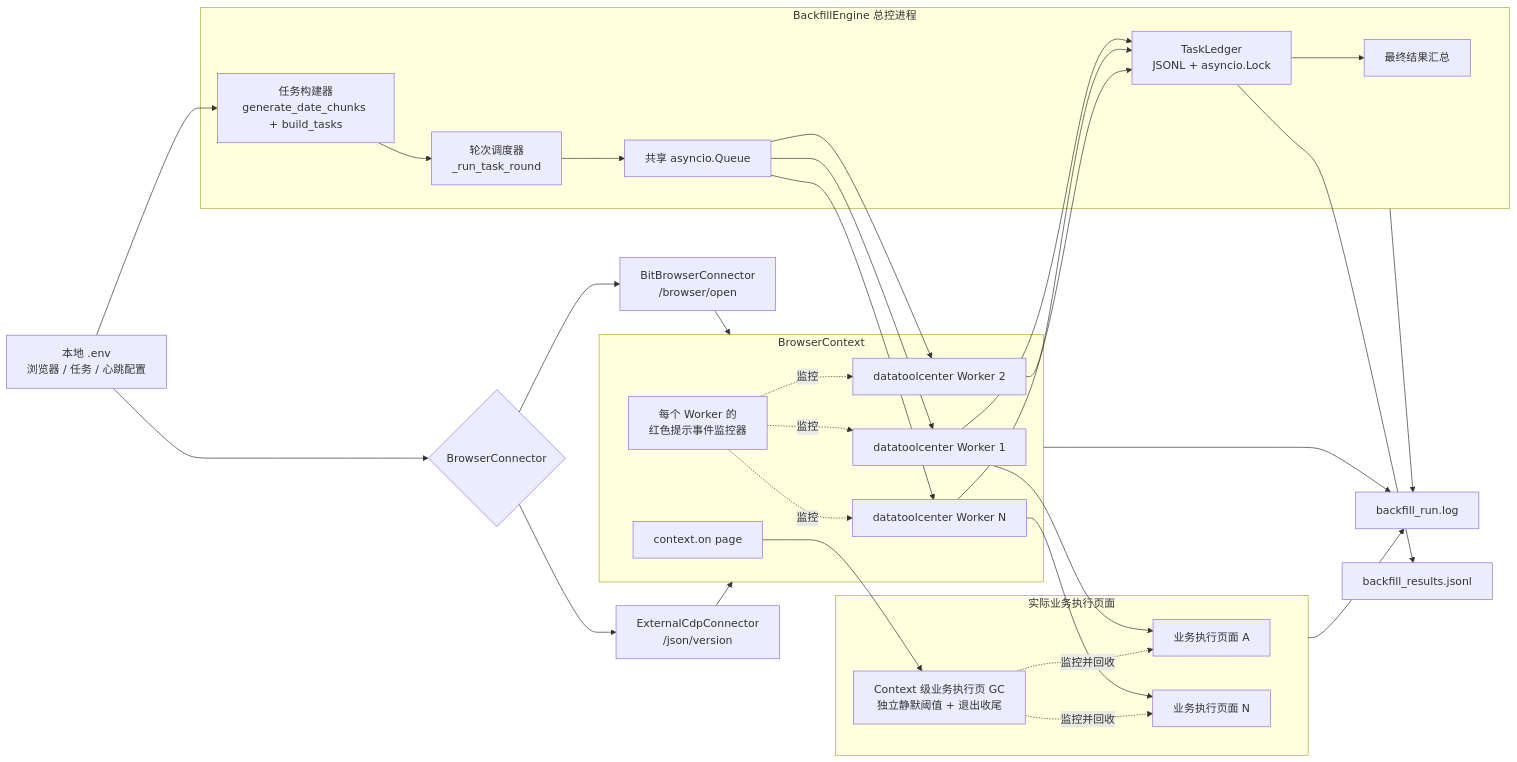
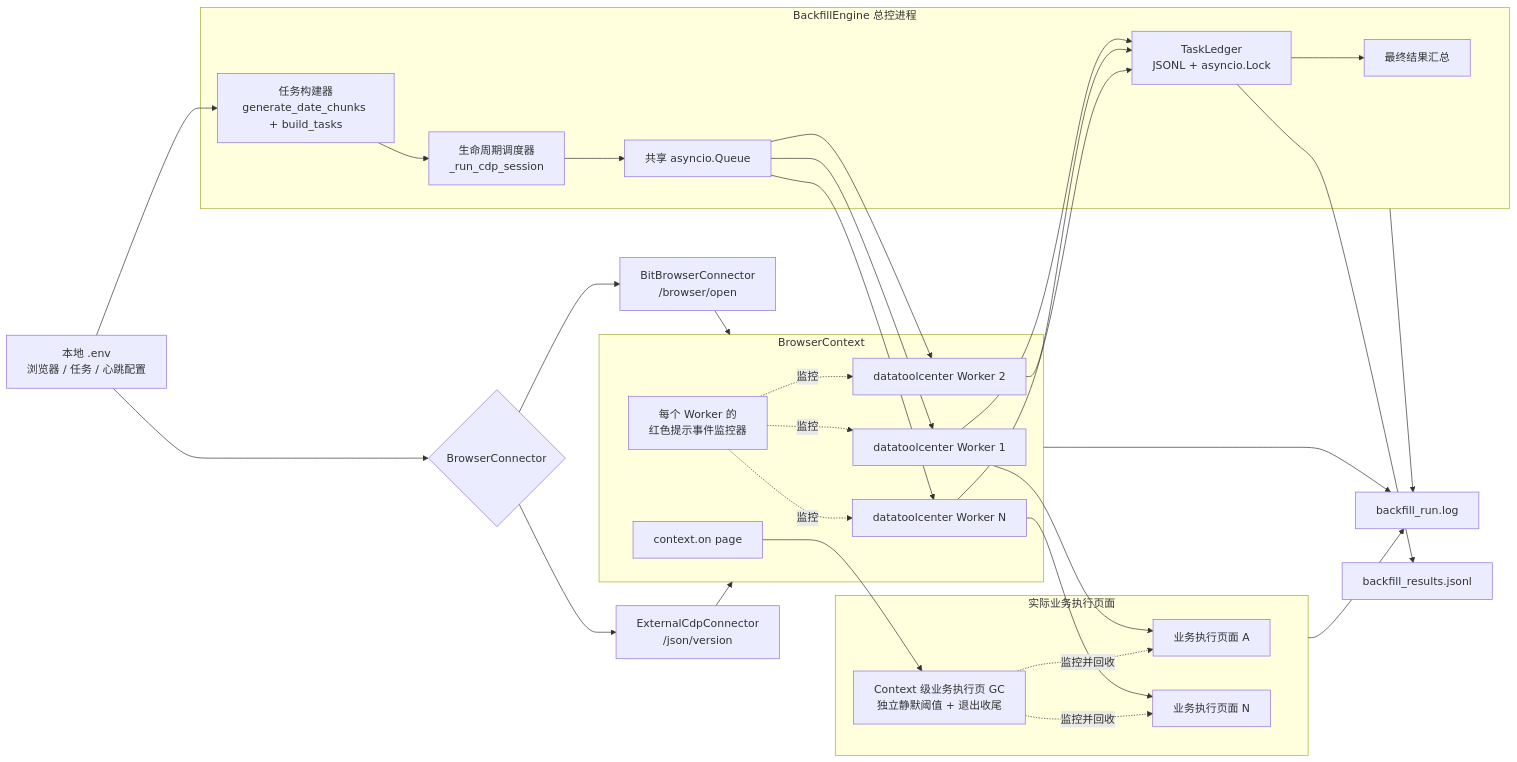
The second of 15 diagrams in ARCHITECTURE.md (liao084/BitBrowser-Backfill-Engine), drawn with Mermaid before and after one commit. The commit also changed other lines of this file and 7 other files, not shown here.

````diff
--- a/ARCHITECTURE.md
+++ b/ARCHITECTURE.md
@@ -61,59 +64,59 @@
 ```mermaid
 flowchart LR
     Config["本地 .env<br/>浏览器 / 任务 / 心跳配置"]
     Connector{"BrowserConnector"}
     BitAPI["BitBrowserConnector<br/>/browser/open"]
     External["ExternalCdpConnector<br/>/json/version"]
 
     subgraph Engine["BackfillEngine 总控进程"]
         Builder["任务构建器<br/>generate_date_chunks + build_tasks"]
         Pool["共享 asyncio.Queue"]
-        Scheduler["轮次调度器<br/>_run_task_round"]
+        Scheduler["生命周期调度器<br/>_run_cdp_session"]
         Ledger["TaskLedger<br/>JSONL + asyncio.Lock"]
         Summary["最终结果汇总"]
     end
 
     subgraph Context["BrowserContext"]
         W1["datatoolcenter Worker 1"]
         W2["datatoolcenter Worker 2"]
         WN["datatoolcenter Worker N"]
         ToastGuard["每个 Worker 的<br/>红色提示事件监控器"]
         PageEvent["context.on page"]
     end
 
     subgraph Business["实际业务执行页面"]
         JD1["业务执行页面 A"]
         JDN["业务执行页面 N"]
         GC["Context 级业务执行页 GC<br/>独立静默阈值 + 退出收尾"]
     end
 
     Log["backfill_run.log"]
     Result["backfill_results.jsonl"]
 
     Config --> Connector
     Connector --> BitAPI
     Connector --> External
     BitAPI --> Context
     External --> Context
     Config --> Builder --> Scheduler
     Scheduler --> Pool
     Pool --> W1
     Pool --> W2
     Pool --> WN
     W1 --> Ledger
     W2 --> Ledger
     WN --> Ledger
     Ledger --> Result
     Ledger --> Summary
     ToastGuard -.监控.-> W1
     ToastGuard -.监控.-> W2
     ToastGuard -.监控.-> WN
     W1 --> JD1
     WN --> JDN
     PageEvent --> GC
     GC -.监控并回收.-> JD1
     GC -.监控并回收.-> JDN
     Engine --> Log
     Context --> Log
     Business --> Log
 ```
````
